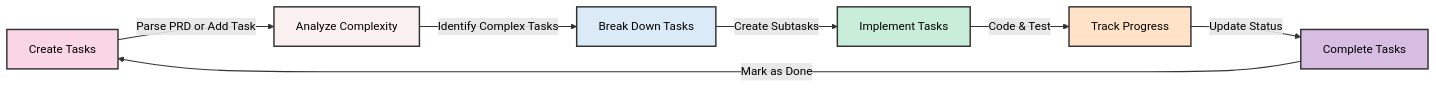
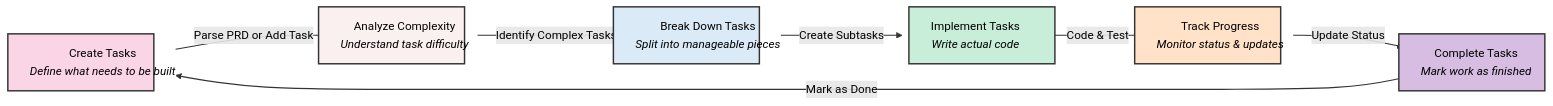
The first of 2 diagrams in docs/QUICK-START.md (colours93/cursor_workflow), drawn with Mermaid before and after one commit.

Commit message:
Improve main workflow diagram with wider boxes and clearer descriptions

````diff
--- a/docs/QUICK-START.md
+++ b/docs/QUICK-START.md
@@ -83,18 +83,18 @@
 ```mermaid
 graph LR
-    A[Create Tasks] -->|Parse PRD or Add Task| B[Analyze Complexity]
-    B -->|Identify Complex Tasks| C[Break Down Tasks]
-    C -->|Create Subtasks| D[Implement Tasks]
-    D -->|Code & Test| E[Track Progress]
-    E -->|Update Status| F[Complete Tasks]
+    A["Create Tasks<br><i>Define what needs to be built</i>"] -->|Parse PRD or Add Task| B["Analyze Complexity<br><i>Understand task difficulty</i>"]
+    B -->|Identify Complex Tasks| C["Break Down Tasks<br><i>Split into manageable pieces</i>"]
+    C -->|Create Subtasks| D["Implement Tasks<br><i>Write actual code</i>"]
+    D -->|Code & Test| E["Track Progress<br><i>Monitor status & updates</i>"]
+    E -->|Update Status| F["Complete Tasks<br><i>Mark work as finished</i>"]
     F -->|Mark as Done| A
     
-    style A fill:#f9d5e5,stroke:#333,stroke-width:2px,color:black
-    style B fill:#fbf0f0,stroke:#333,stroke-width:2px,color:black
-    style C fill:#daeaf6,stroke:#333,stroke-width:2px,color:black
-    style D fill:#c8eed9,stroke:#333,stroke-width:2px,color:black
-    style E fill:#ffe2c8,stroke:#333,stroke-width:2px,color:black
-    style F fill:#d7bde2,stroke:#333,stroke-width:2px,color:black
+    style A fill:#f9d5e5,stroke:#333,stroke-width:2px,color:black,width:200px,padding:10px
+    style B fill:#fbf0f0,stroke:#333,stroke-width:2px,color:black,width:200px,padding:10px
+    style C fill:#daeaf6,stroke:#333,stroke-width:2px,color:black,width:200px,padding:10px
+    style D fill:#c8eed9,stroke:#333,stroke-width:2px,color:black,width:200px,padding:10px
+    style E fill:#ffe2c8,stroke:#333,stroke-width:2px,color:black,width:200px,padding:10px
+    style F fill:#d7bde2,stroke:#333,stroke-width:2px,color:black,width:200px,padding:10px
     
     linkStyle default stroke:#333,stroke-width:1.5px,color:black
 ```
````
